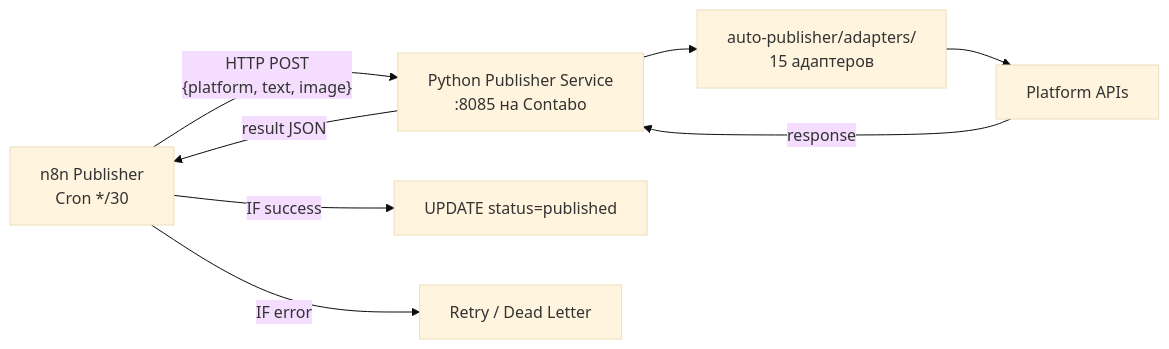
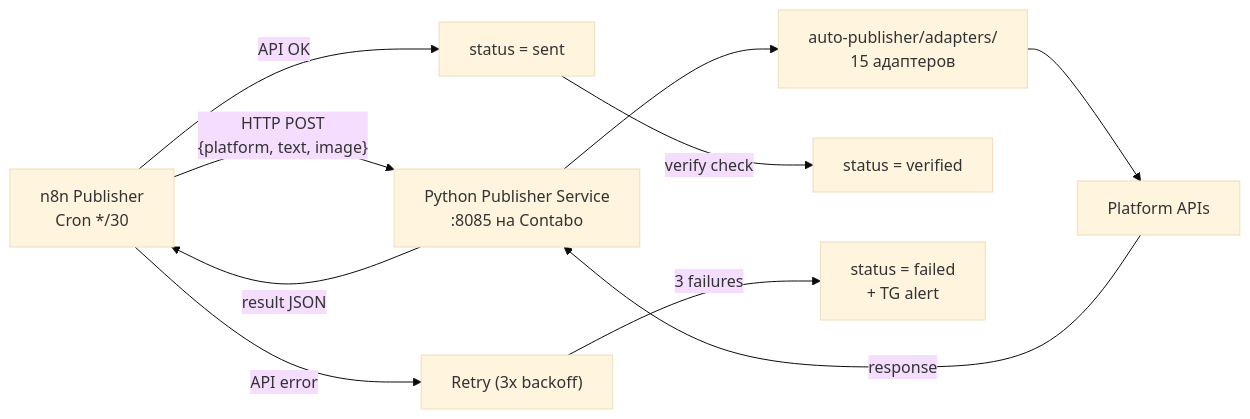
One commit to TimmyZinin/content-pipeline changed the diagram in docs/Publisher.md. Above: the diagram before and after it, drawn with Mermaid (base theme). The commit also changed other lines of this file and 4 other files, not shown here.

````diff
--- a/docs/Publisher.md
+++ b/docs/Publisher.md
@@ -38,10 +62,12 @@
 ```mermaid
 flowchart LR
     N8N["n8n Publisher\nCron */30"] -->|"HTTP POST\n{platform, text, image}"| PY["Python Publisher Service\n:8085 на Contabo"]
     PY --> ADAPT["auto-publisher/adapters/\n15 адаптеров"]
     ADAPT --> API["Platform APIs"]
     API -->|"response"| PY
     PY -->|"result JSON"| N8N
-    N8N -->|"IF success"| UPDATE["UPDATE status=published"]
-    N8N -->|"IF error"| RETRY["Retry / Dead Letter"]
+    N8N -->|"API OK"| SENT["status = sent"]
+    SENT -->|"verify check"| VERIFIED["status = verified"]
+    N8N -->|"API error"| RETRY["Retry (3x backoff)"]
+    RETRY -->|"3 failures"| DEAD["status = failed\n+ TG alert"]
 ```
````
